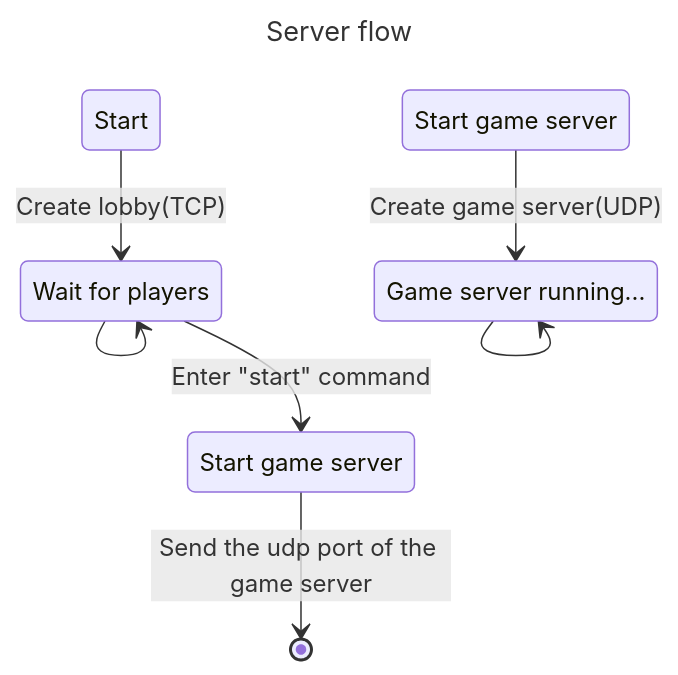
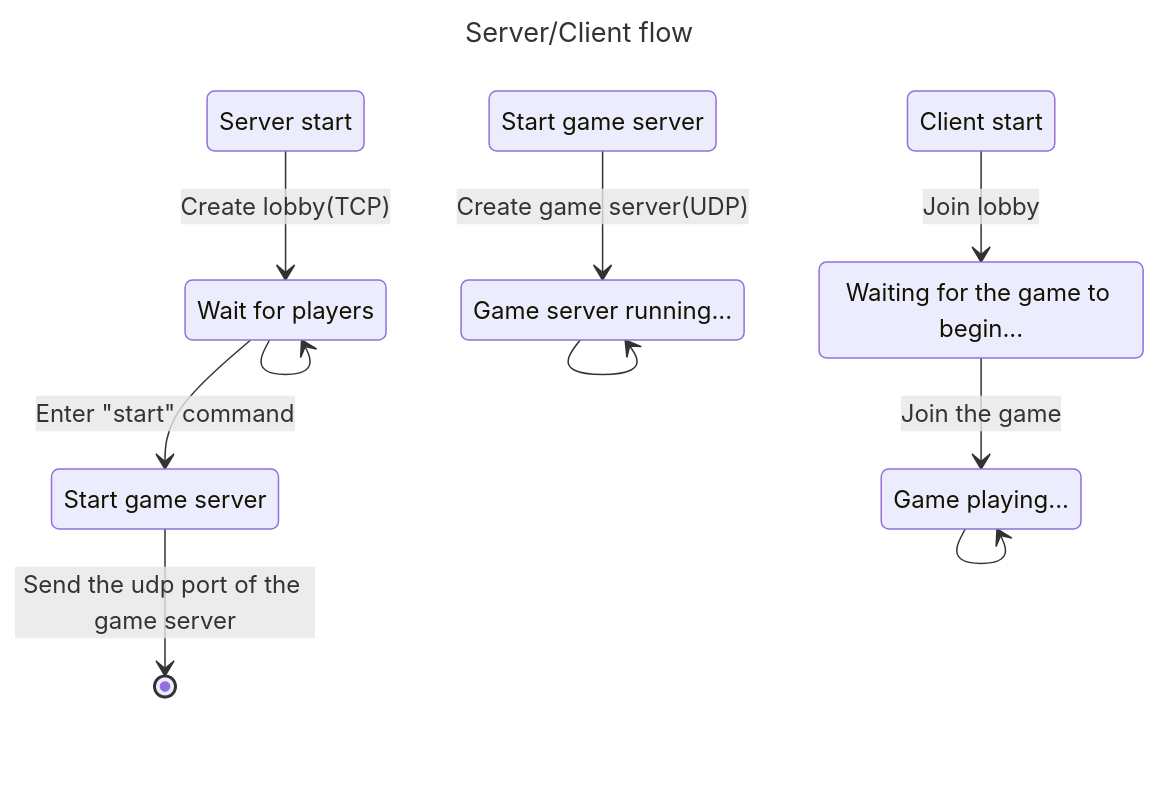
One commit to jiawpipi1/aoop-group6-boomerang changed the second of 3 diagrams in README.md. Above: the diagram before and after it, drawn with Mermaid. The commit also changed other lines of this file and 3 other files, not shown here.

````diff
--- a/README.md
+++ b/README.md
@@ -100,18 +103,26 @@
 ```mermaid
 ---
-title: Server flow
+title: Server/Client flow
 ---
 stateDiagram-v2
-    s1: Start
+    s1: Server start
     s2: Wait for players
     s3: Start game server
     s4: Start game server
     s5: Game server running...
+    s6: Client start
+    s7: Waiting for the game to begin...
+    s8: Game playing... 
+
     s1 --> s2: Create lobby(TCP)
     s2 --> s2
     s2 --> s3: Enter "start" command
     s3 --> [*]: Send the udp port of the game server 
 
     s4 --> s5: Create game server(UDP)
     s5 --> s5
+
+    s6 --> s7: Join lobby
+    s7 --> s8: Join the game
+    s8 --> s8
 ```
````
